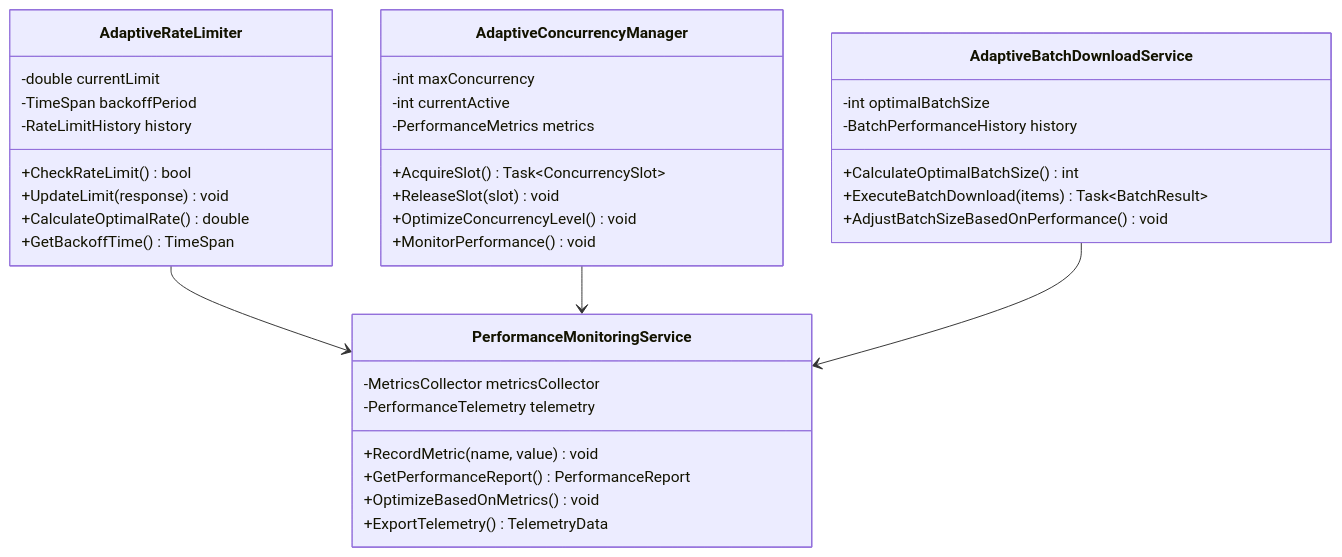
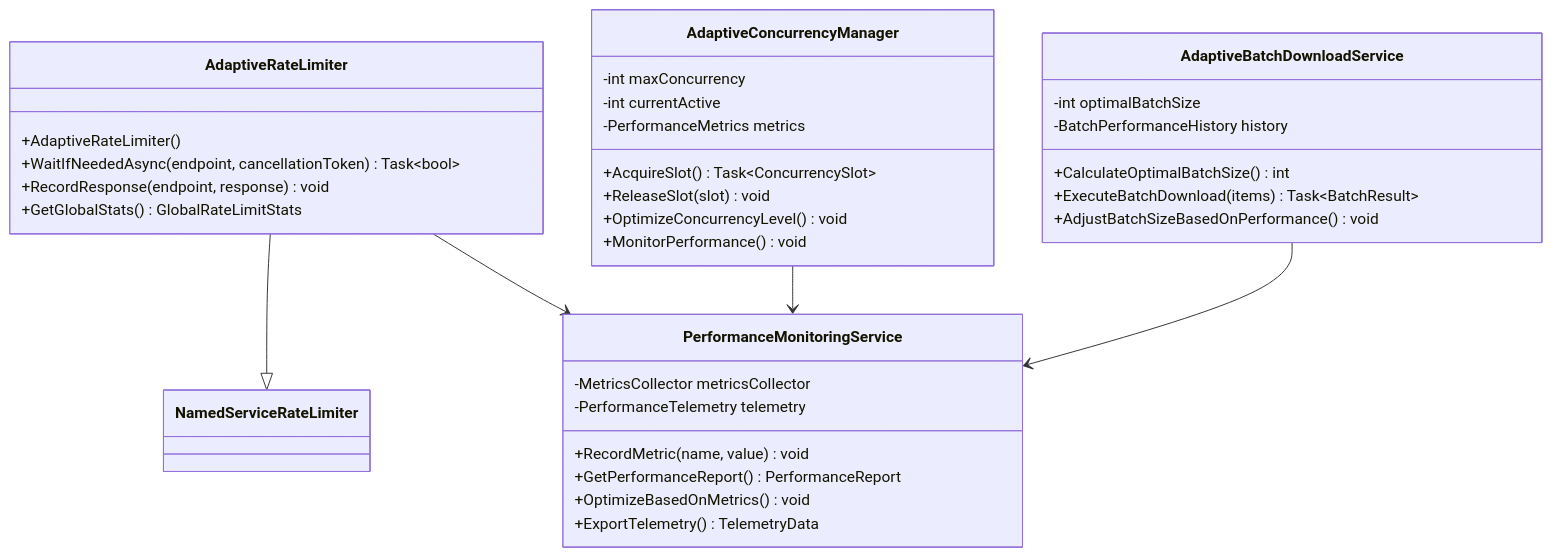
Diagram 24 of 25 in docs/ARCHITECTURE.md (RicherTunes/Qobuzarr), drawn with Mermaid before and after one commit. The commit also changed 14 other files, not shown here.

Commit message:
Clarify qobuz sanitizer and rate limiter docs

````diff
--- a/docs/ARCHITECTURE.md
+++ b/docs/ARCHITECTURE.md
@@ -1198,49 +1198,46 @@
 ```mermaid
 classDiagram
     class AdaptiveRateLimiter {
-        -double currentLimit
-        -TimeSpan backoffPeriod
-        -RateLimitHistory history
-        
-        +CheckRateLimit() bool
-        +UpdateLimit(response) void
-        +CalculateOptimalRate() double
-        +GetBackoffTime() TimeSpan
+        +AdaptiveRateLimiter()
+        +WaitIfNeededAsync(endpoint, cancellationToken) Task~bool~
+        +RecordResponse(endpoint, response) void
+        +GetGlobalStats() GlobalRateLimitStats
     }
     
     class AdaptiveConcurrencyManager {
         -int maxConcurrency
         -int currentActive
         -PerformanceMetrics metrics
         
         +AcquireSlot() Task~ConcurrencySlot~
         +ReleaseSlot(slot) void
         +OptimizeConcurrencyLevel() void
         +MonitorPerformance() void
     }
     
     %% AdaptiveBatchDownloadService not found in codebase as of 2026-05-31
     class AdaptiveBatchDownloadService {
         -int optimalBatchSize
         -BatchPerformanceHistory history
         
         +CalculateOptimalBatchSize() int
         +ExecuteBatchDownload(items) Task~BatchResult~
         +AdjustBatchSizeBasedOnPerformance() void
     }
     
     %% PerformanceMonitoringService actual interface is IPerformanceMonitoringService with different methods (RecordApiCall, RecordCacheHit, RecordCacheMiss, LogPerformanceWarning, RecordMLOptimization)
     class PerformanceMonitoringService {
         -MetricsCollector metricsCollector
         -PerformanceTelemetry telemetry
         
         +RecordMetric(name, value) void
         +GetPerformanceReport() PerformanceReport
         +OptimizeBasedOnMetrics() void
         +ExportTelemetry() TelemetryData
     }
     
+    AdaptiveRateLimiter --|> NamedServiceRateLimiter
     AdaptiveRateLimiter --> PerformanceMonitoringService
     AdaptiveConcurrencyManager --> PerformanceMonitoringService
     AdaptiveBatchDownloadService --> PerformanceMonitoringService
 ```
````
